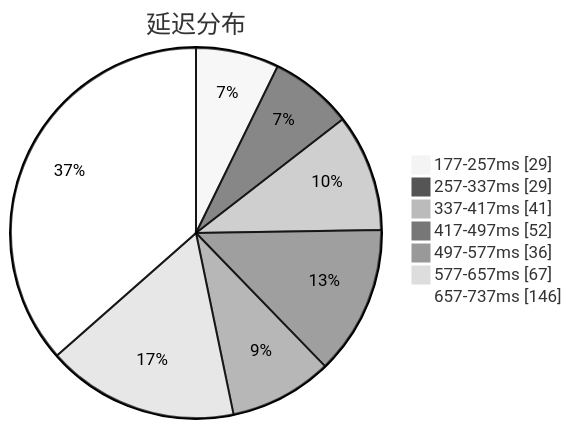
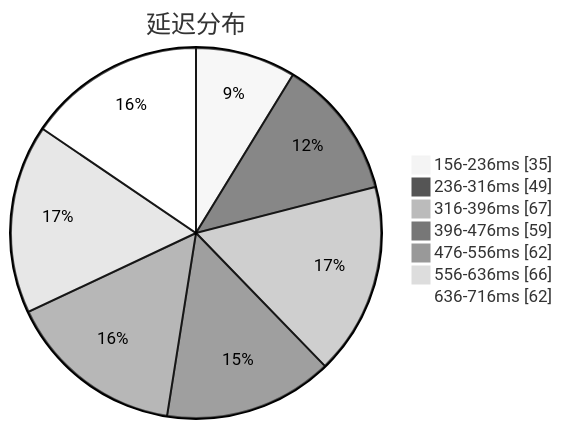
One commit to qjlxg/airport changed the first of 3 diagrams in subs/statistics/tested_within.md. Above: the diagram before and after it, drawn with Mermaid (neutral theme). The commit also changed other lines of this file and 2 other files, not shown here.

````diff
--- a/subs/statistics/tested_within.md
+++ b/subs/statistics/tested_within.md
@@ -2,11 +2,11 @@
 ```mermaid
 pie showData
 title 延迟分布
-"177-257ms" : 29
-"257-337ms" : 29
-"337-417ms" : 41
-"417-497ms" : 52
-"497-577ms" : 36
-"577-657ms" : 67
-"657-737ms" : 146
+"156-236ms" : 35
+"236-316ms" : 49
+"316-396ms" : 67
+"396-476ms" : 59
+"476-556ms" : 62
+"556-636ms" : 66
+"636-716ms" : 62
 ```
````
